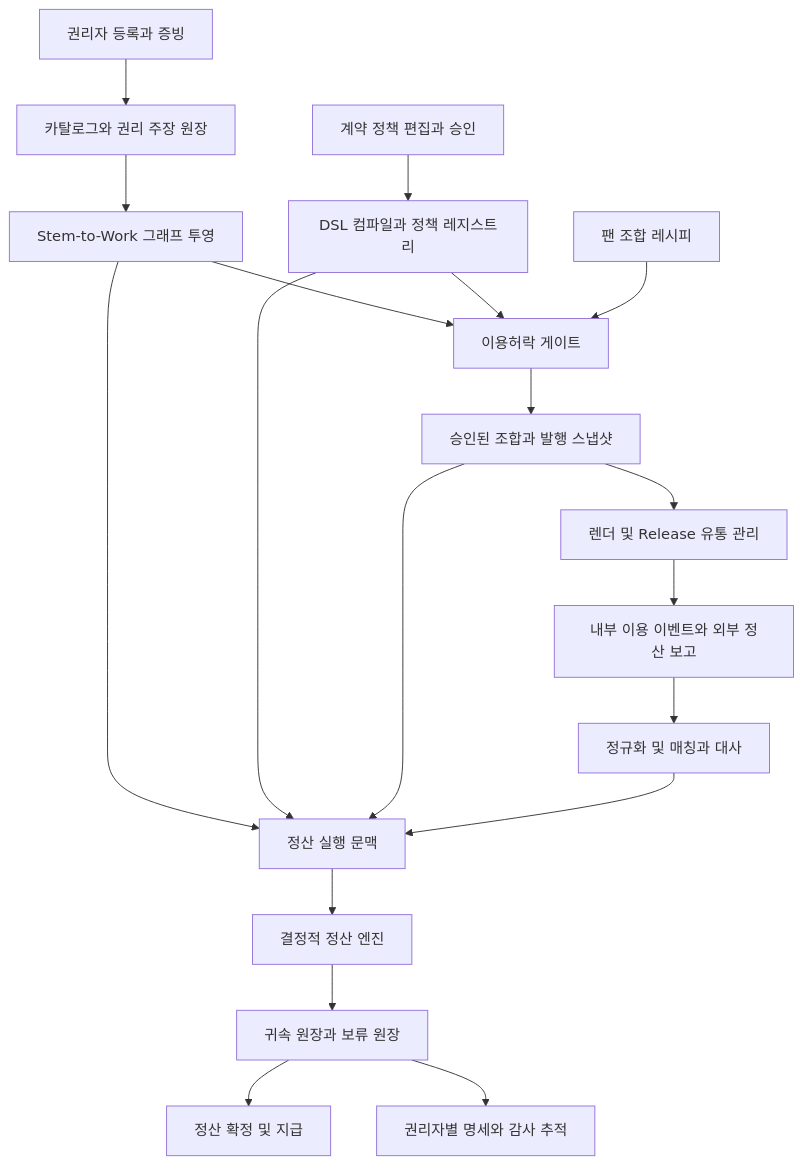
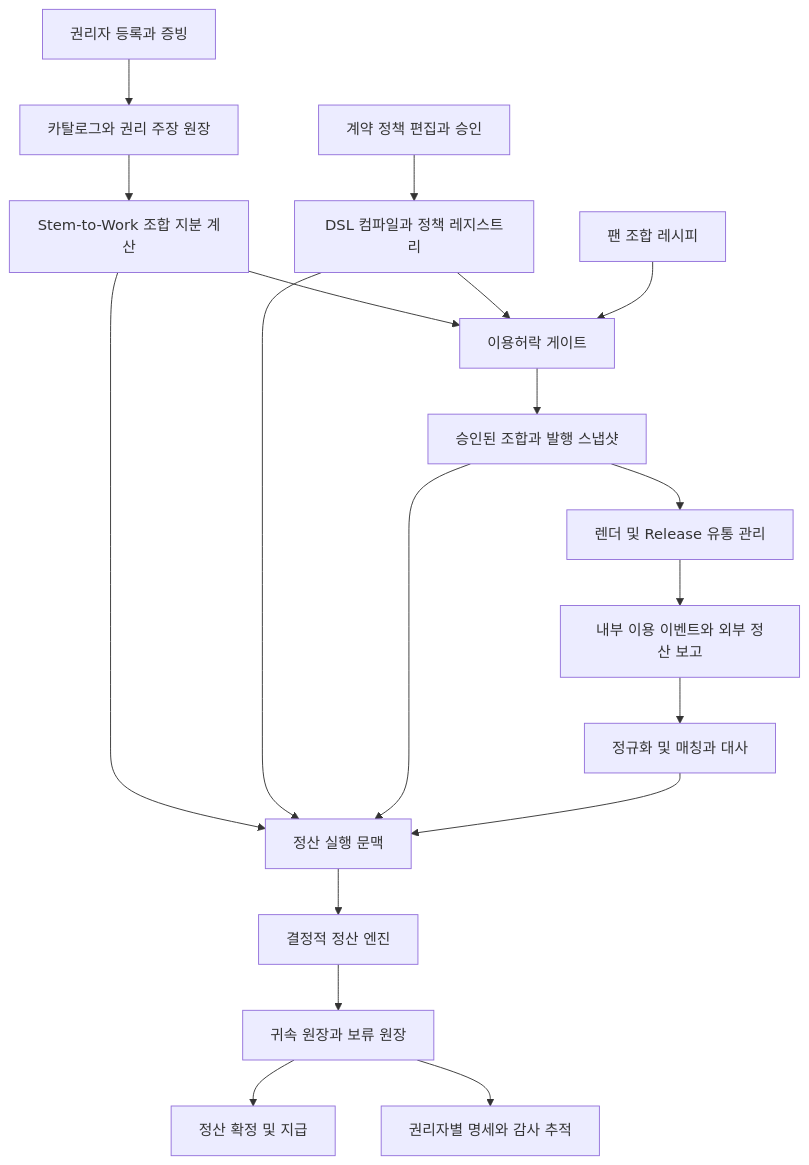
The first of 2 diagrams in 02_MDRL_언어규격/03_정산인프라_연계설계/보컬조합_권리관리_정산인프라_기획설계_v1.0.md (changkyuneun-ux/vocal_combination), drawn with Mermaid before and after one commit. The commit also changed other lines of this file and 41 other files, not shown here.

````diff
--- a/02_MDRL_언어규격/03_정산인프라_연계설계/보컬조합_권리관리_정산인프라_기획설계_v1.0.md
+++ b/02_MDRL_언어규격/03_정산인프라_연계설계/보컬조합_권리관리_정산인프라_기획설계_v1.0.md
@@ -172,21 +172,21 @@
 ```mermaid
 flowchart TD
   A[권리자 등록과 증빙] --> B[카탈로그와 권리 주장 원장]
-  B --> C[Stem-to-Work 그래프 투영]
+  B --> C[Stem-to-Work 조합 지분 계산]
   D[계약 정책 편집과 승인] --> E[DSL 컴파일과 정책 레지스트리]
   C --> F[이용허락 게이트]
   E --> F
   G[팬 조합 레시피] --> F
   F --> H[승인된 조합과 발행 스냅샷]
   H --> I[렌더 및 Release 유통 관리]
   I --> J[내부 이용 이벤트와 외부 정산 보고]
   J --> K[정규화 및 매칭과 대사]
   C --> L[정산 실행 문맥]
   E --> L
   H --> L
   K --> L
   L --> M[결정적 정산 엔진]
   M --> N[귀속 원장과 보류 원장]
   N --> O[정산 확정 및 지급]
   N --> P[권리자별 명세와 감사 추적]
 ```
````
